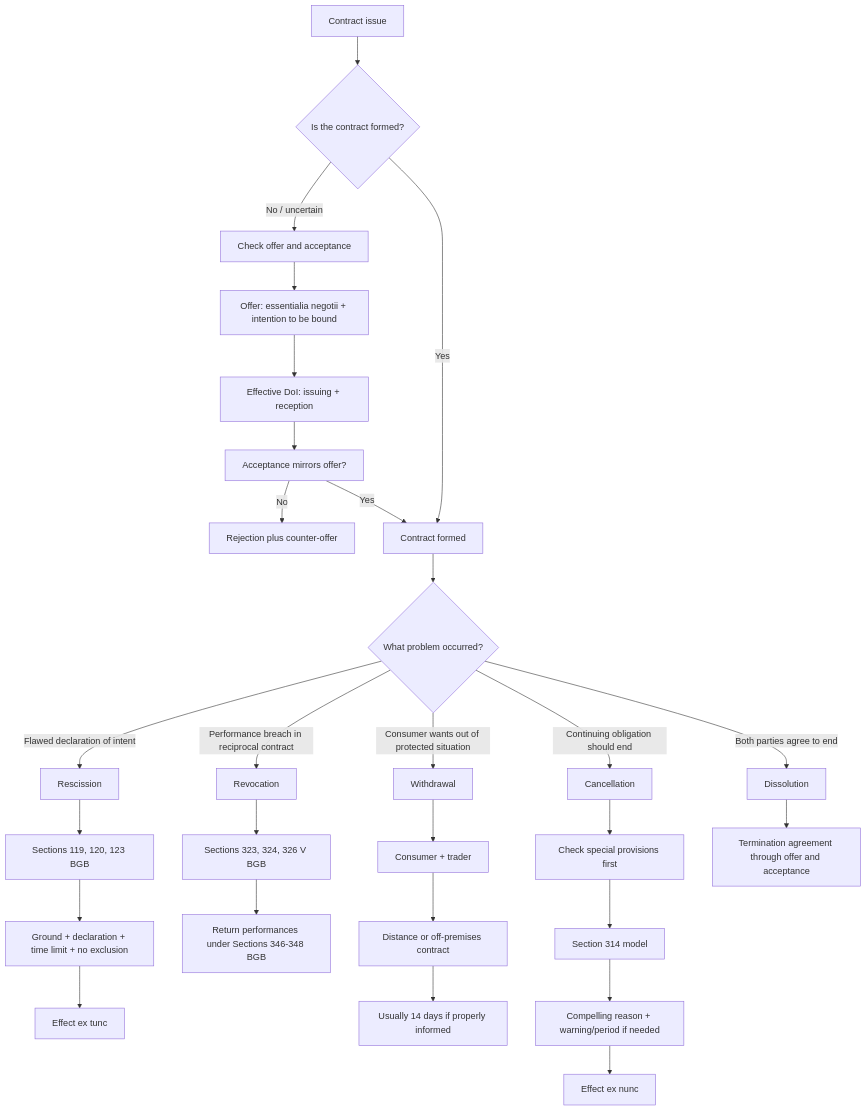
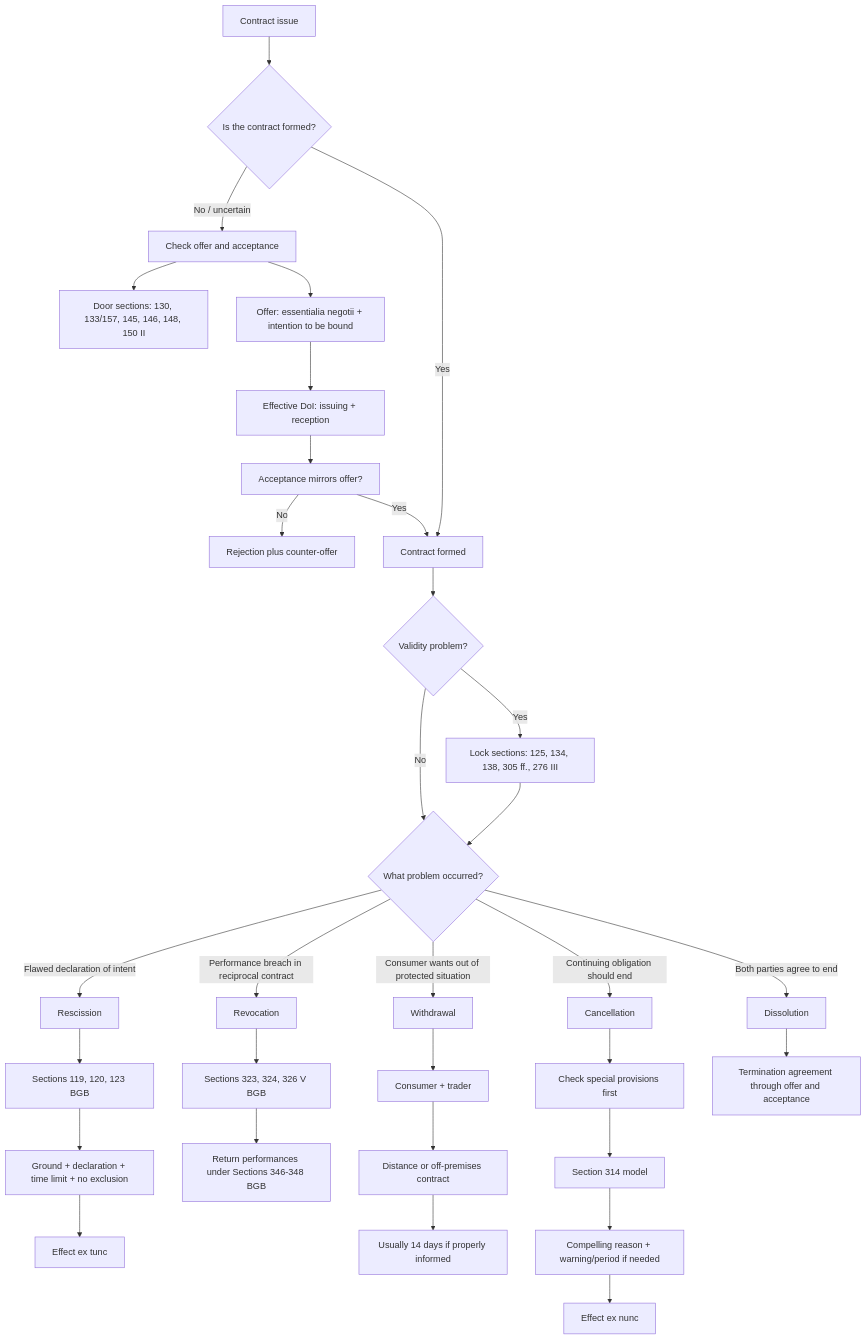
Before and after one commit to aerkn1/TUM-semester-2: the third of 3 diagrams in business-law/wiki/_course-knowledge-graph.md, drawn with Mermaid. The commit also changed other lines of this file and 23 other files, not shown here.

````diff
--- a/business-law/wiki/_course-knowledge-graph.md
+++ b/business-law/wiki/_course-knowledge-graph.md
@@ -126,36 +130,40 @@
 ```mermaid
 flowchart TD
     Start[Contract issue] --> FormationQuestion{Is the contract formed?}
     FormationQuestion -->|No / uncertain| Formation[Check offer and acceptance]
+    Formation --> DoorSections[Door sections: 130, 133/157, 145, 146, 148, 150 II]
     Formation --> OfferCheck[Offer: essentialia negotii + intention to be bound]
     OfferCheck --> ReceptionCheck[Effective DoI: issuing + reception]
     ReceptionCheck --> AcceptanceCheck[Acceptance mirrors offer?]
     AcceptanceCheck -->|No| CounterOffer[Rejection plus counter-offer]
     AcceptanceCheck -->|Yes| ValidContract[Contract formed]
 
     FormationQuestion -->|Yes| ValidContract
-    ValidContract --> ProblemType{What problem occurred?}
+    ValidContract --> ValidityCheck{Validity problem?}
+    ValidityCheck -->|Yes| LockSections[Lock sections: 125, 134, 138, 305 ff., 276 III]
+    ValidityCheck -->|No| ProblemType{What problem occurred?}
+    LockSections --> ProblemType
 
     ProblemType -->|Flawed declaration of intent| Rescission[Rescission]
     Rescission --> Grounds119123[Sections 119, 120, 123 BGB]
     Grounds119123 --> RescissionSteps[Ground + declaration + time limit + no exclusion]
     RescissionSteps --> ExTunc[Effect ex tunc]
 
     ProblemType -->|Performance breach in reciprocal contract| Revocation[Revocation]
     Revocation --> S323324326[Sections 323, 324, 326 V BGB]
     S323324326 --> Restitution[Return performances under Sections 346-348 BGB]
 
     ProblemType -->|Consumer wants out of protected situation| Withdrawal[Withdrawal]
     Withdrawal --> ConsumerScope[Consumer + trader]
     ConsumerScope --> DistancePremises[Distance or off-premises contract]
     DistancePremises --> WithdrawalPeriod[Usually 14 days if properly informed]
 
     ProblemType -->|Continuing obligation should end| Cancellation[Cancellation]
     Cancellation --> SpecialRules[Check special provisions first]
     SpecialRules --> S314[Section 314 model]
     S314 --> Compelling[Compelling reason + warning/period if needed]
     Compelling --> ExNunc[Effect ex nunc]
 
     ProblemType -->|Both parties agree to end| Dissolution[Dissolution]
     Dissolution --> Agreement[Termination agreement through offer and acceptance]
 ```
````
